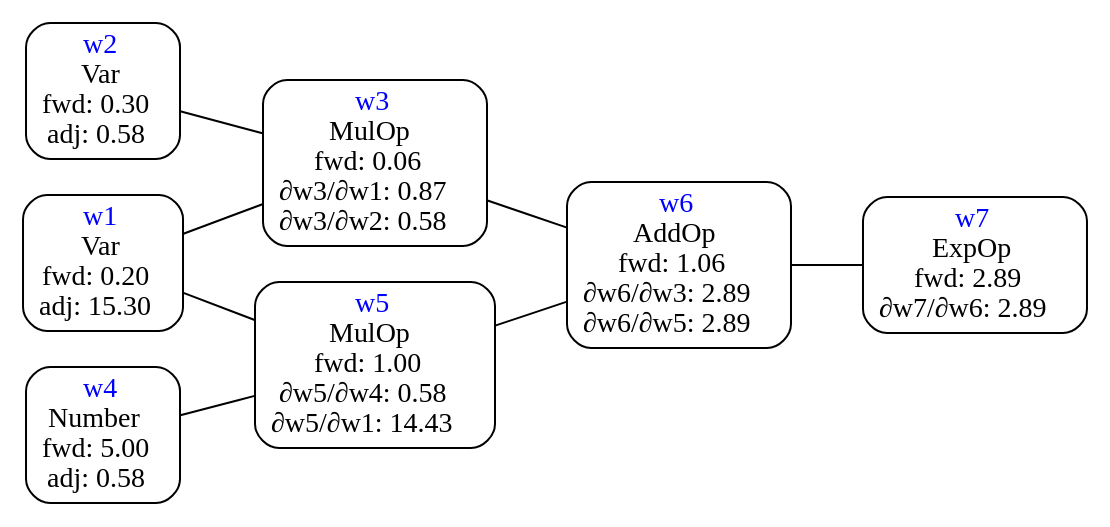
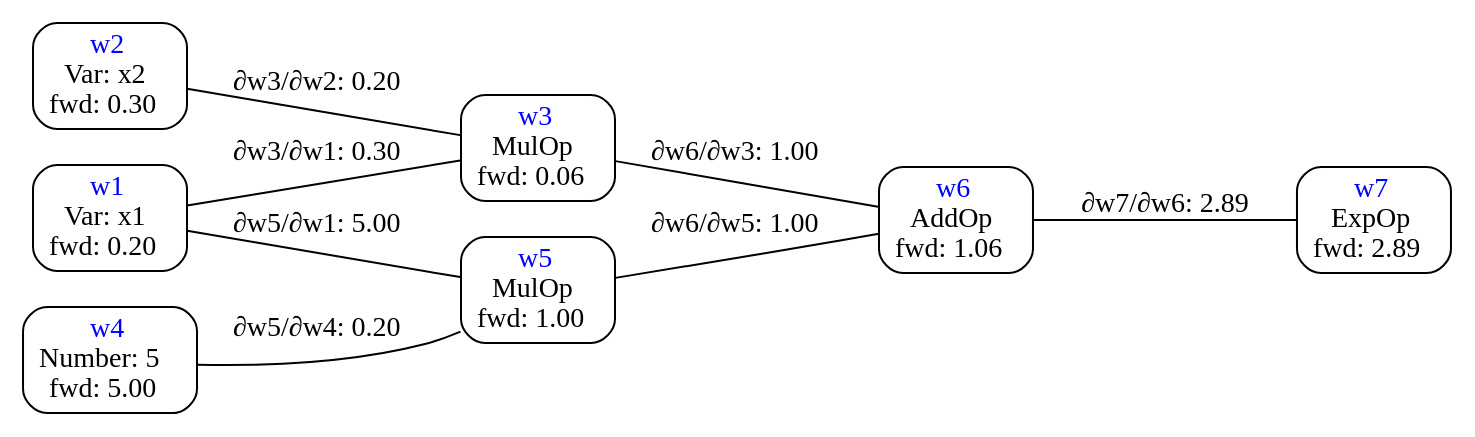
Before and after one commit to mrandri19/automatic-differentiantion: the diagram in Graph.gv, drawn with Graphviz. The commit also changed 3 other files, not shown here.

```diff
--- a/Graph.gv
+++ b/Graph.gv
@@ -1,23 +1,23 @@
 graph {
 	graph [rankdir=RL]
 	graph [fontname="Roboto Mono"]
 	node [fontname="Roboto Mono"]
 	node [style=rounded]
 	node [shape=box]
 	edge [fontname="Roboto Mono"]
-	w7 [label=<<font color="blue">w7</font><br/>ExpOp<br/>fwd: 2.89<br/>∂w7/∂w6: 2.89>]
-	w7 -- w6
-	w6 [label=<<font color="blue">w6</font><br/>AddOp<br/>fwd: 1.06<br/>∂w6/∂w3: 2.89<br/>∂w6/∂w5: 2.89>]
-	w6 -- w3
-	w6 -- w5
-	w5 [label=<<font color="blue">w5</font><br/>MulOp<br/>fwd: 1.00<br/>∂w5/∂w4: 0.58<br/>∂w5/∂w1: 14.43>]
-	w5 -- w4
-	w5 -- w1
-	w1 [label=<<font color="blue">w1</font><br/>Var<br/>fwd: 0.20<br/>adj: 15.30>]
-	w4 [label=<<font color="blue">w4</font><br/>Number<br/>fwd: 5.00<br/>adj: 0.58>]
-	w3 [label=<<font color="blue">w3</font><br/>MulOp<br/>fwd: 0.06<br/>∂w3/∂w1: 0.87<br/>∂w3/∂w2: 0.58>]
-	w3 -- w1
-	w3 -- w2
-	w2 [label=<<font color="blue">w2</font><br/>Var<br/>fwd: 0.30<br/>adj: 0.58>]
-	w1 [label=<<font color="blue">w1</font><br/>Var<br/>fwd: 0.20<br/>adj: 15.30>]
+	w7 [label=<<font color="blue">w7</font><br/>ExpOp<br/>fwd: 2.89<br/>>]
+	w7 -- w6 [label="∂w7/∂w6: 2.89"]
+	w6 [label=<<font color="blue">w6</font><br/>AddOp<br/>fwd: 1.06<br/>>]
+	w6 -- w3 [label=<∂w6/∂w3: 1.00>]
+	w6 -- w5 [label=<∂w6/∂w5: 1.00>]
+	w5 [label=<<font color="blue">w5</font><br/>MulOp<br/>fwd: 1.00<br/>>]
+	w5 -- w4 [label=<∂w5/∂w4: 0.20>]
+	w5 -- w1 [label=<∂w5/∂w1: 5.00>]
+	w1 [label=<<font color="blue">w1</font><br/>Var: x1<br/>fwd: 0.20<br/>>]
+	w4 [label=<<font color="blue">w4</font><br/>Number: 5<br/>fwd: 5.00<br/>>]
+	w3 [label=<<font color="blue">w3</font><br/>MulOp<br/>fwd: 0.06<br/>>]
+	w3 -- w1 [label=<∂w3/∂w1: 0.30>]
+	w3 -- w2 [label=<∂w3/∂w2: 0.20>]
+	w2 [label=<<font color="blue">w2</font><br/>Var: x2<br/>fwd: 0.30<br/>>]
+	w1 [label=<<font color="blue">w1</font><br/>Var: x1<br/>fwd: 0.20<br/>>]
 }
```
